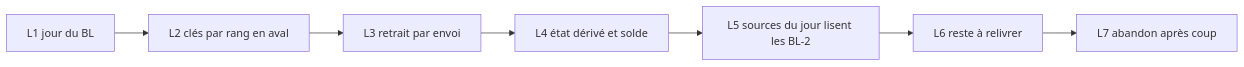
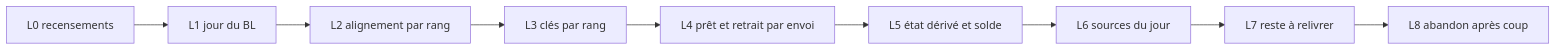
One commit to hugoheynard/lfd changed the second of 2 diagrams in documentation/commandes/plan-e7-reliquat-bati.md. Above: the diagram before and after it, drawn with Mermaid. The commit also changed other lines of this file, not shown here.

Commit message:
docs(commandes): plan du reliquat révisé après vitruve (L0–L8, clés d'outbox, 130 lecteurs)

````diff
--- a/documentation/commandes/plan-e7-reliquat-bati.md
+++ b/documentation/commandes/plan-e7-reliquat-bati.md
@@ -95,9 +154,11 @@
 ```mermaid
 flowchart LR
-    L1["L1 jour du BL"] --> L2["L2 clés par rang en aval"]
-    L2 --> L3["L3 retrait par envoi"]
-    L3 --> L4["L4 état dérivé et solde"]
-    L4 --> L5["L5 sources du jour lisent les BL-2"]
-    L5 --> L6["L6 reste à relivrer"]
-    L6 --> L7["L7 abandon après coup"]
+    L0["L0 recensements"] --> L1["L1 jour du BL"]
+    L1 --> L2["L2 alignement par rang"]
+    L2 --> L3["L3 clés par rang"]
+    L3 --> L4["L4 prêt et retrait par envoi"]
+    L4 --> L5["L5 état dérivé et solde"]
+    L5 --> L6["L6 sources du jour"]
+    L6 --> L7["L7 reste à relivrer"]
+    L7 --> L8["L8 abandon après coup"]
 ```
````
